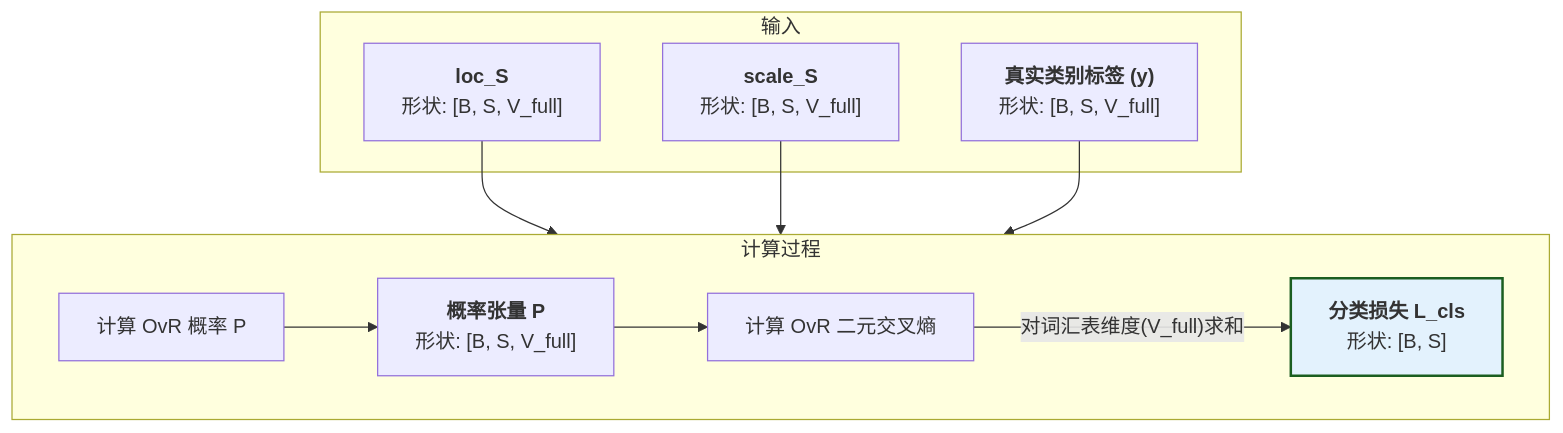
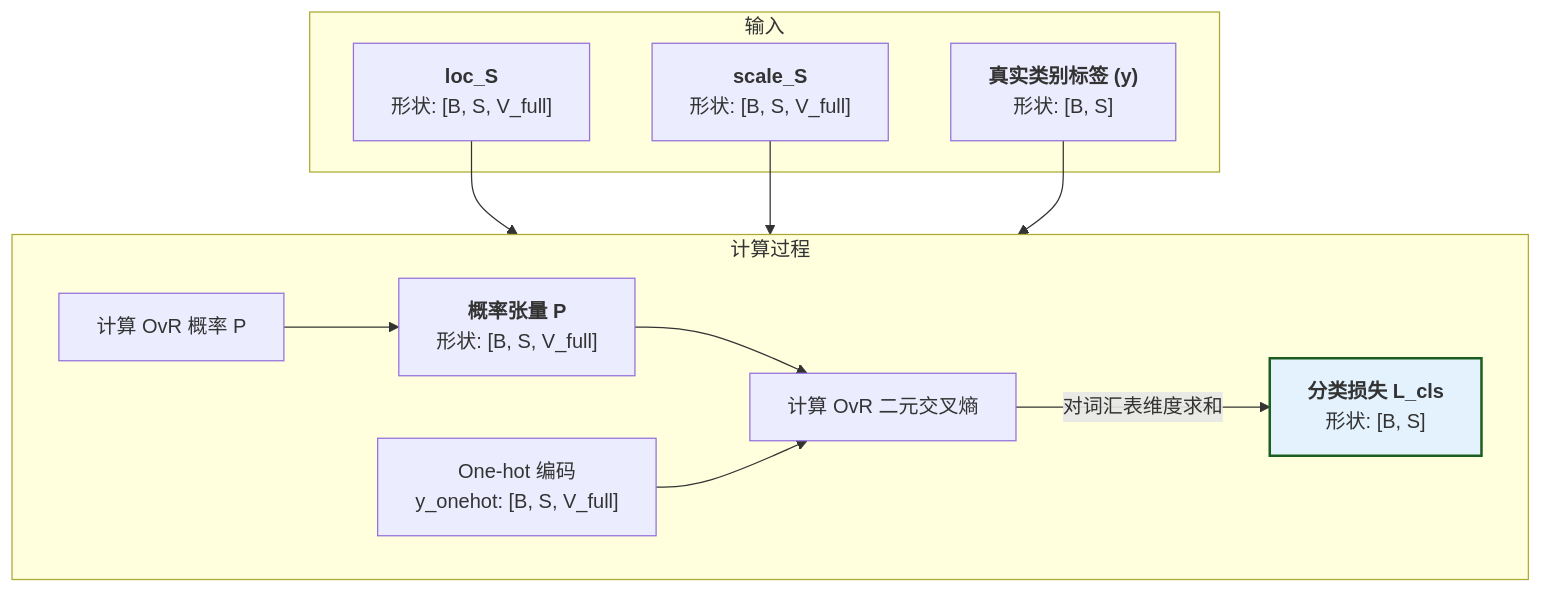
Before and after one commit to 1587causalai/CausalQwen: the fourth of 8 diagrams in docs/mathematical_foundations.md, drawn with Mermaid. The commit also changed other lines of this file and 1 other file, not shown here.

````diff
--- a/docs/mathematical_foundations.md
+++ b/docs/mathematical_foundations.md
@@ -488,22 +178,23 @@
 ```mermaid
 graph TD
     subgraph "输入"
         A["<b>loc_S</b><br>形状: [B, S, V_full]"]
         B["<b>scale_S</b><br>形状: [B, S, V_full]"]
-        C["<b>真实类别标签 (y)</b><br>形状: [B, S, V_full]"]
+        C["<b>真实类别标签 (y)</b><br>形状: [B, S]"]
     end
 
     D[计算 OvR 概率 P]
     A & B --> D
     
     subgraph "计算过程"
         direction LR
         D --> E["<b>概率张量 P</b><br>形状: [B, S, V_full]"]
-        E & C --> F["计算 OvR 二元交叉熵"]
-        F -- "对词汇表维度(V_full)求和" --> G
+        C --> F["One-hot 编码<br>y_onehot: [B, S, V_full]"]
+        E & F --> G["计算 OvR 二元交叉熵"]
+        G -- "对词汇表维度求和" --> H
     end
 
-    G["<b>分类损失 L_cls</b><br>形状: [B, S]"]
+    H["<b>分类损失 L_cls</b><br>形状: [B, S]"]
     
-    style G fill:#e3f2fd,stroke:#1b5e20,stroke-width:2px
+    style H fill:#e3f2fd,stroke:#1b5e20,stroke-width:2px
 ```
````
